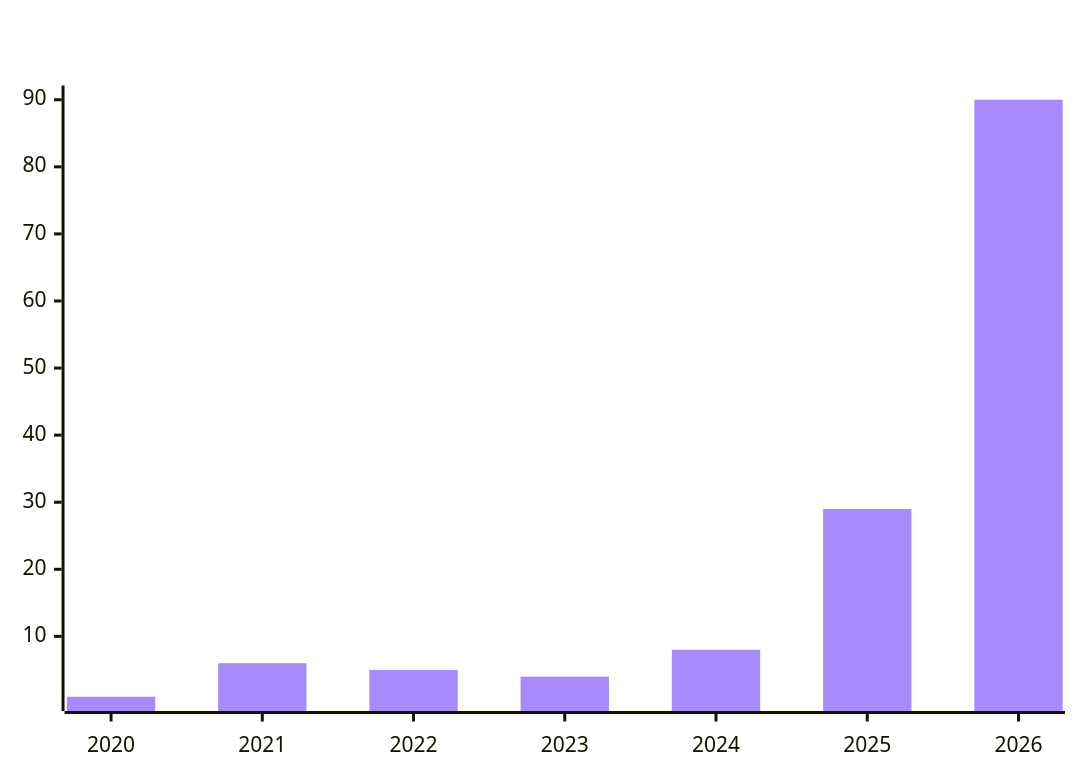
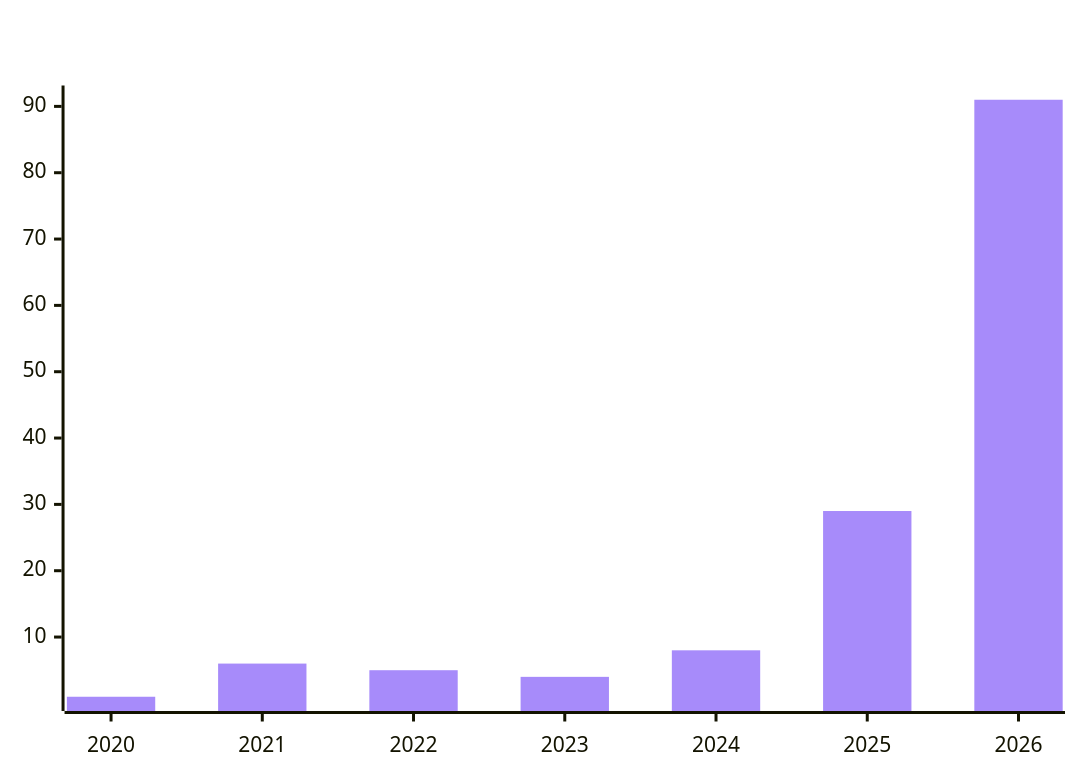
Before and after one commit to polo-nyan/polo-nyan: the sixth of 7 diagrams in README.md, drawn with Mermaid. The commit also changed other lines of this file and 1 other file, not shown here.

````diff
--- a/README.md
+++ b/README.md
@@ -391,7 +390,7 @@
 ```mermaid
 %%{init: {"xyChart": {"titleColor": "#ffffff", "xAxisLabelColor": "#ffffff", "yAxisLabelColor": "#ffffff"}, "themeVariables": {"xyChart": {"titleColor": "#ffffff", "plotColorPalette": "#a78bfa"}}}}%%
 xychart-beta
     title "Repos Created Per Year"
     x-axis ["2020", "2021", "2022", "2023", "2024", "2025", "2026"]
-    bar [1, 6, 5, 4, 8, 29, 90]
+    bar [1, 6, 5, 4, 8, 29, 91]
 ```
````
